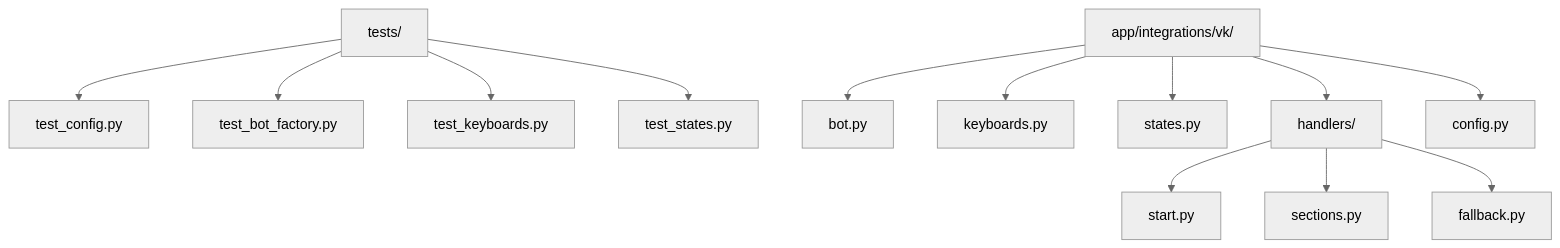
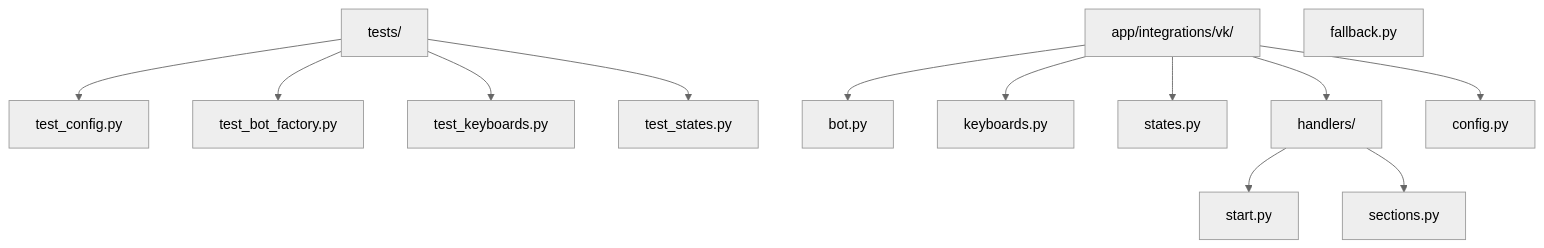
The first of 3 diagrams in .qoder/repowiki/en/content/Testing Strategy.md (ognelis/cafetera_hr_bot), drawn with Mermaid (neutral theme) before and after one commit. The commit also changed other lines of this file and 19 other files, not shown here.

````diff
--- a/.qoder/repowiki/en/content/Testing Strategy.md
+++ b/.qoder/repowiki/en/content/Testing Strategy.md
@@ -42,29 +50,28 @@
 ```mermaid
 graph TB
 T["tests/"]
 T_CFG["test_config.py"]
 T_BOT["test_bot_factory.py"]
 T_KB["test_keyboards.py"]
 T_STATES["test_states.py"]
 APP["app/integrations/vk/"]
 BOT["bot.py"]
 KB["keyboards.py"]
 STATES["states.py"]
 HANDLERS["handlers/"]
 START["start.py"]
 SECTIONS["sections.py"]
 FALLBACK["fallback.py"]
 CFG["config.py"]
 T --> T_CFG
 T --> T_BOT
 T --> T_KB
 T --> T_STATES
 APP --> BOT
 APP --> KB
 APP --> STATES
 APP --> HANDLERS
 HANDLERS --> START
 HANDLERS --> SECTIONS
-HANDLERS --> FALLBACK
 APP --> CFG
 ```
````
